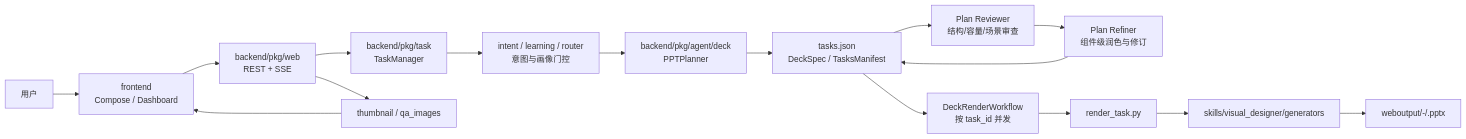
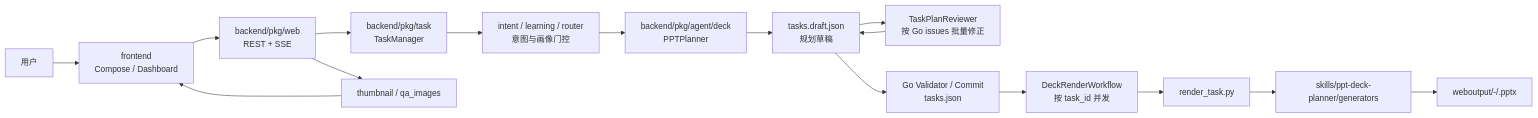
One commit to xiaobaicai66695/ppt-agent changed the diagram in docs/architecture/ppt-agent-architecture-scope.md. Above: the diagram before and after it, drawn with Mermaid. The commit also changed other lines of this file and 25 other files, not shown here.

````diff
--- a/docs/architecture/ppt-agent-architecture-scope.md
+++ b/docs/architecture/ppt-agent-architecture-scope.md
@@ -17,18 +17,18 @@
 ```mermaid
 flowchart LR
   U["用户"] --> F["frontend<br/>Compose / Dashboard"]
   F --> W["backend/pkg/web<br/>REST + SSE"]
   W --> TM["backend/pkg/task<br/>TaskManager"]
   TM --> PI["intent / learning / router<br/>意图与画像门控"]
   PI --> PL["backend/pkg/agent/deck<br/>PPTPlanner"]
-  PL --> M["tasks.json<br/>DeckSpec / TasksManifest"]
-  M --> RV["Plan Reviewer<br/>结构/容量/场景审查"]
-  RV --> RF["Plan Refiner<br/>组件级润色与修订"]
-  RF --> M
+  PL --> D["tasks.draft.json<br/>规划草稿"]
+  D --> RV["TaskPlanReviewer<br/>按 Go issues 批量修正"]
+  RV --> D
+  D --> M["Go Validator / Commit<br/>tasks.json"]
   M --> DR["DeckRenderWorkflow<br/>按 task_id 并发"]
   DR --> PY["render_task.py"]
-  PY --> G["skills/visual_designer/generators"]
+  PY --> G["skills/ppt-deck-planner/generators"]
   G --> O["weboutput/<user>-<task>/<page>.pptx"]
   W --> TH["thumbnail / qa_images"]
   TH --> F
 ```
````
